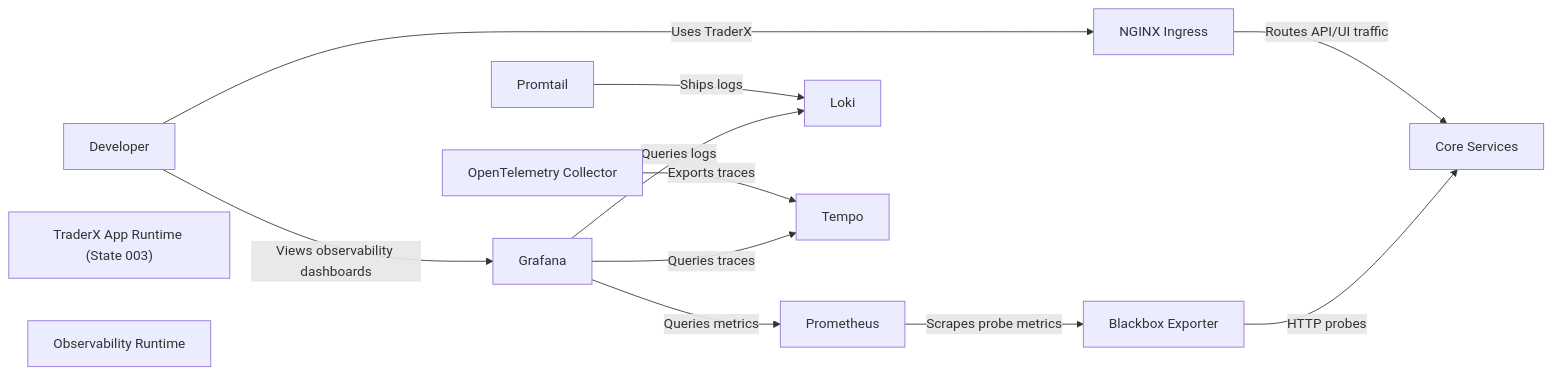
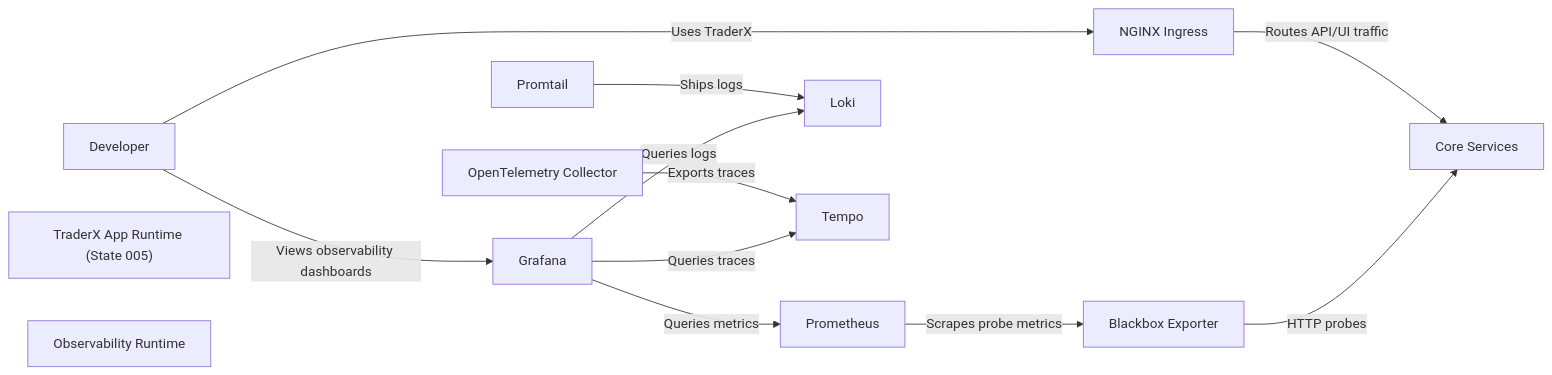
Before and after one commit to finos/traderX: the diagram in specs/006-observability-lgtm-compose/system/architecture.md, drawn with Mermaid. The commit also changed other lines of this file, not shown here.

Commit message:
docs: refresh state 006 generated architecture view

````diff
--- a/specs/006-observability-lgtm-compose/system/architecture.md
+++ b/specs/006-observability-lgtm-compose/system/architecture.md
@@ -10,25 +10,25 @@
 ```mermaid
 flowchart LR
   developer["Developer"]
-  app_runtime["TraderX App Runtime (State 003)"]
+  app_runtime["TraderX App Runtime (State 005)"]
   obs_runtime["Observability Runtime"]
   ingress["NGINX Ingress"]
   core_services["Core Services"]
   prometheus["Prometheus"]
   blackbox["Blackbox Exporter"]
   loki["Loki"]
   promtail["Promtail"]
   tempo["Tempo"]
   otel["OpenTelemetry Collector"]
   grafana["Grafana"]
   developer -->|"Uses TraderX"| ingress
   ingress -->|"Routes API/UI traffic"| core_services
   blackbox -->|"HTTP probes"| core_services
   prometheus -->|"Scrapes probe metrics"| blackbox
   promtail -->|"Ships logs"| loki
   otel -->|"Exports traces"| tempo
   developer -->|"Views observability dashboards"| grafana
   grafana -->|"Queries metrics"| prometheus
   grafana -->|"Queries logs"| loki
   grafana -->|"Queries traces"| tempo
 ```
````
